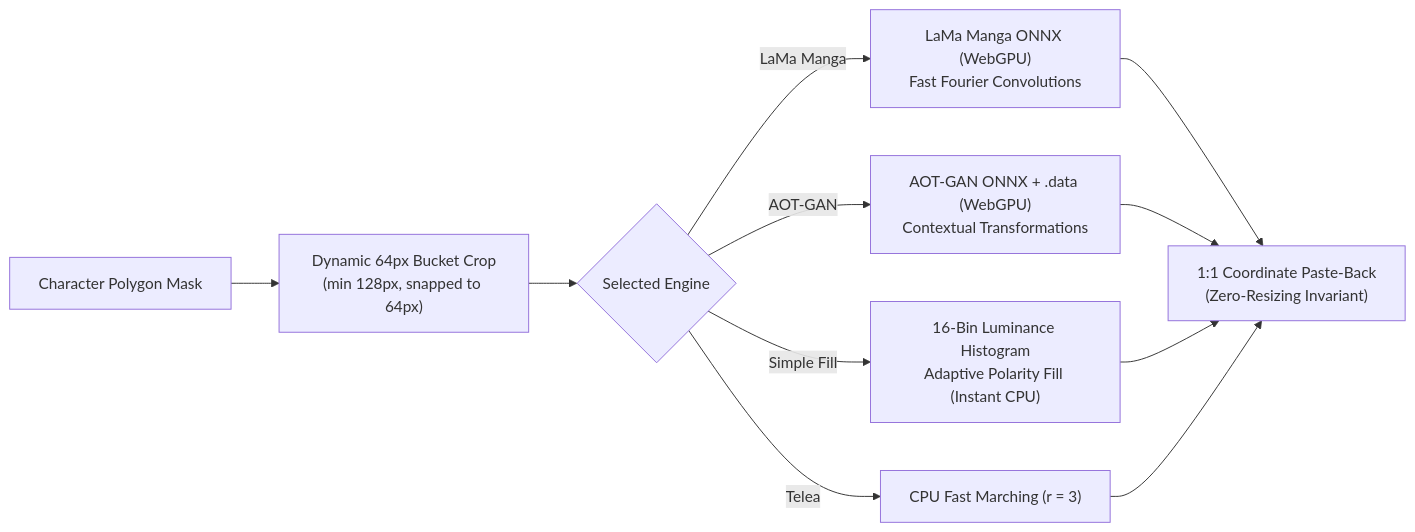
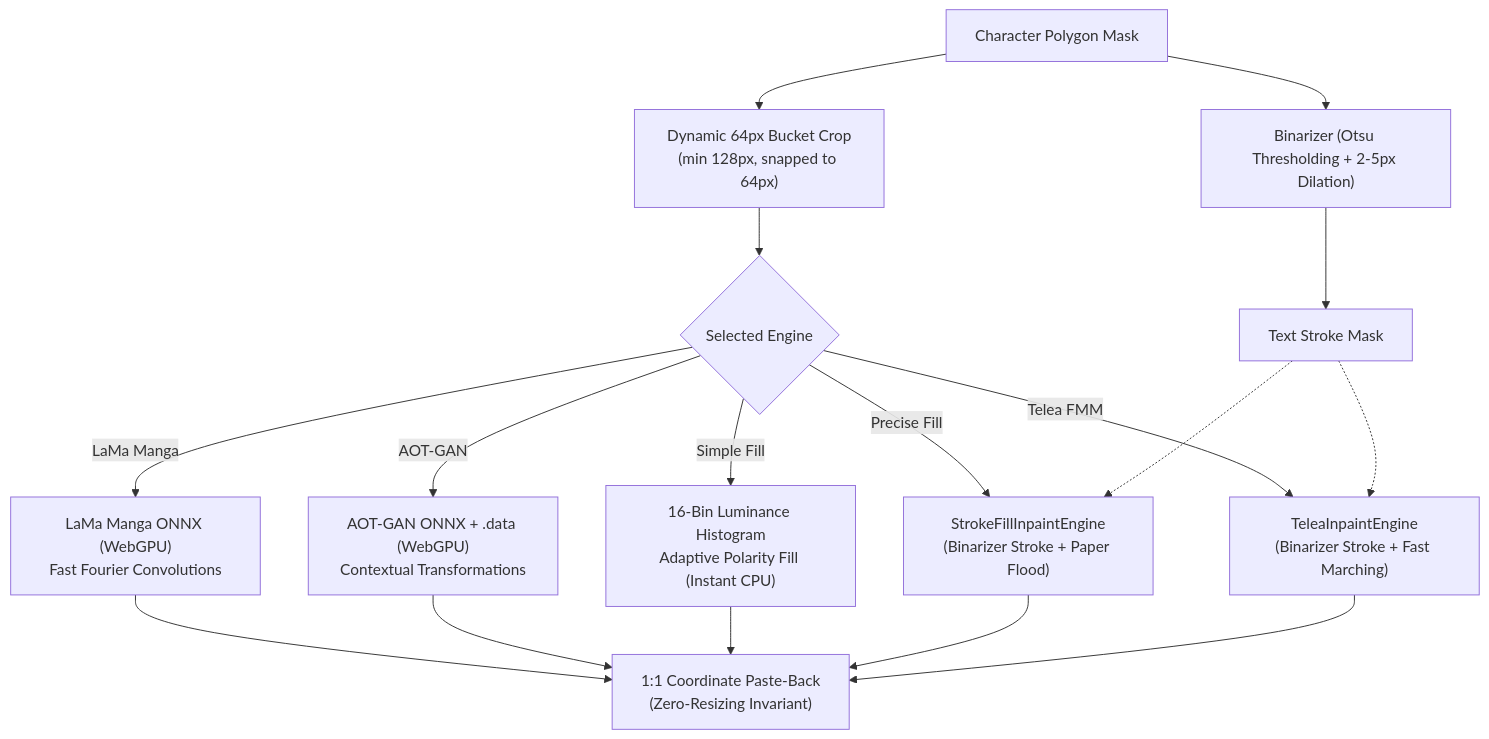
One commit to Unheat/Kites changed the second of 4 diagrams in docs/architecture/models-and-runtimes.md. Above: the diagram before and after it, drawn with Mermaid. The commit also changed other lines of this file and 4 other files, not shown here.

Commit message:
docs: fix Mermaid syntax errors, document Binarizer, and align all 6 inpaint tiers

````diff
--- a/docs/architecture/models-and-runtimes.md
+++ b/docs/architecture/models-and-runtimes.md
@@ -72,13 +72,23 @@
 ```mermaid
-flowchart LR
-    PolygonMask["Character Polygon Mask"] --> PatchCrop["Dynamic 64px Bucket Crop<br/>(min 128px, snapped to 64px)"]
+flowchart TD
+    PolygonMask["Character Polygon Mask"] --> Binarizer["Binarizer (Otsu Thresholding + 2-5px Dilation)"]
+    Binarizer --> StrokeMask["Text Stroke Mask"]
+
+    PolygonMask --> PatchCrop["Dynamic 64px Bucket Crop<br/>(min 128px, snapped to 64px)"]
     PatchCrop --> EngineSelect{"Selected Engine"}
+
     EngineSelect -->|LaMa Manga| LaMaONNX["LaMa Manga ONNX (WebGPU)<br/>Fast Fourier Convolutions"]
     EngineSelect -->|AOT-GAN| AOTONNX["AOT-GAN ONNX + .data (WebGPU)<br/>Contextual Transformations"]
     EngineSelect -->|Simple Fill| SimpleHist["16-Bin Luminance Histogram<br/>Adaptive Polarity Fill (Instant CPU)"]
-    EngineSelect -->|Telea| TeleaDiffusion["CPU Fast Marching (r = 3)"]
+    EngineSelect -->|Precise Fill| PreciseFill["StrokeFillInpaintEngine<br/>(Binarizer Stroke + Paper Flood)"]
+    EngineSelect -->|Telea FMM| TeleaDiffusion["TeleaInpaintEngine<br/>(Binarizer Stroke + Fast Marching)"]
+
+    StrokeMask -.-> PreciseFill
+    StrokeMask -.-> TeleaDiffusion
+
     LaMaONNX --> PasteBack["1:1 Coordinate Paste-Back<br/>(Zero-Resizing Invariant)"]
     AOTONNX --> PasteBack
     SimpleHist --> PasteBack
+    PreciseFill --> PasteBack
     TeleaDiffusion --> PasteBack
 ```
````
